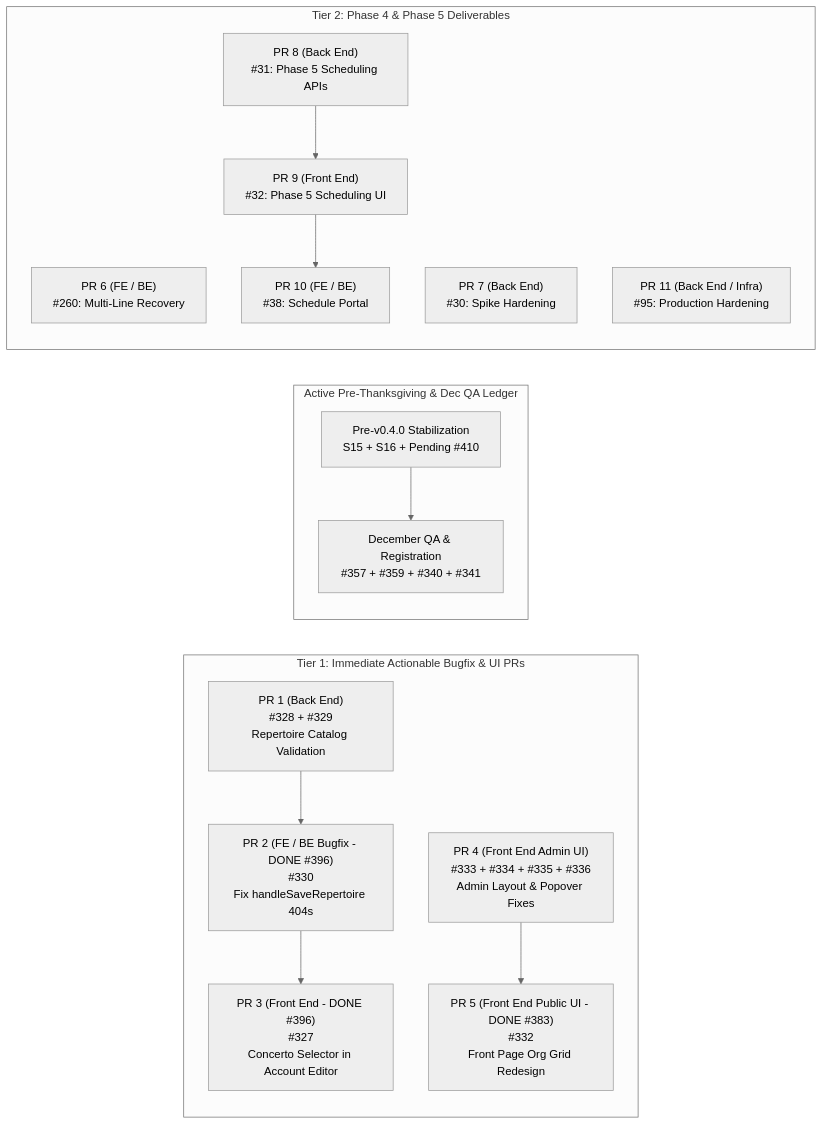
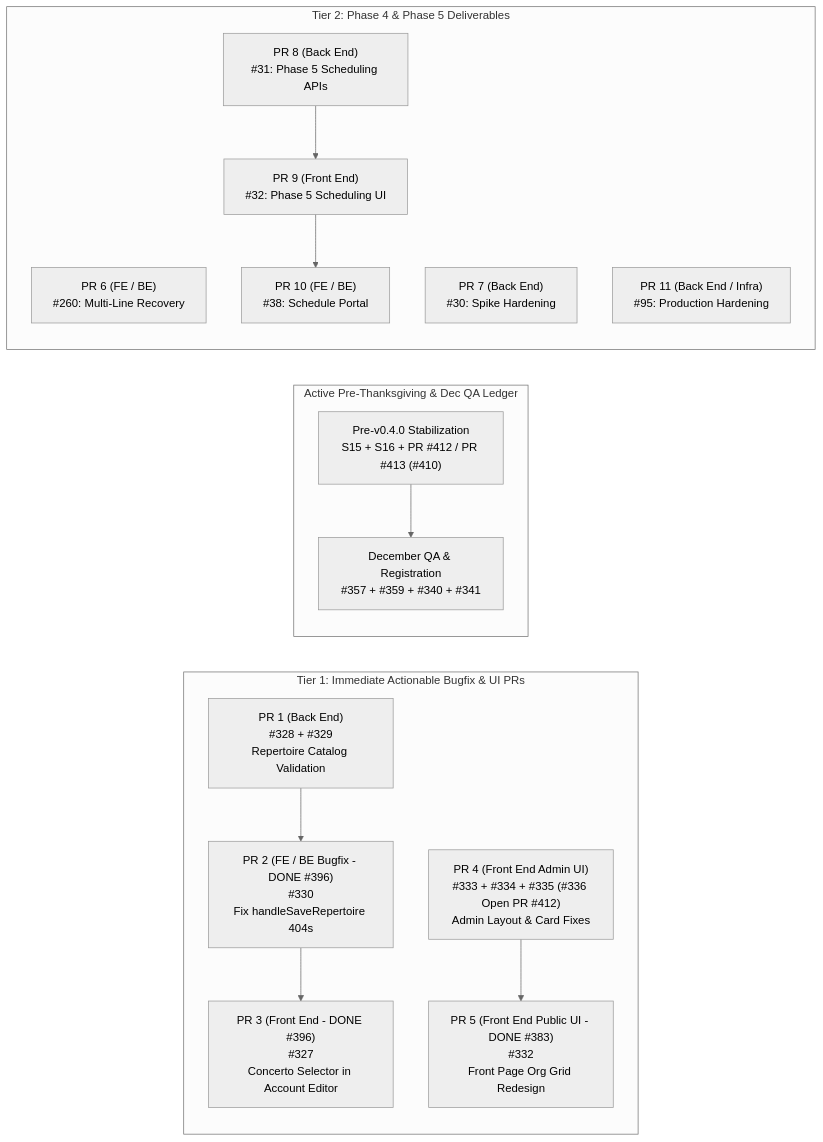
One commit to angelaqingx/Festival changed the diagram in docs/issue-pr-roadmap.md. Above: the diagram before and after it, drawn with Mermaid (neutral theme). The commit also changed other lines of this file and 7 other files, not shown here.

````diff
--- a/docs/issue-pr-roadmap.md
+++ b/docs/issue-pr-roadmap.md
@@ -114,28 +114,28 @@
 ```mermaid
 flowchart LR
   subgraph Tier1["Tier 1: Immediate Actionable Bugfix & UI PRs"]
     PR1["PR 1 (Back End)<br/>#328 + #329<br/>Repertoire Catalog Validation"]
     PR2["PR 2 (FE / BE Bugfix - DONE #396)<br/>#330<br/>Fix handleSaveRepertoire 404s"]
     PR3["PR 3 (Front End - DONE #396)<br/>#327<br/>Concerto Selector in Account Editor"]
-    PR4["PR 4 (Front End Admin UI)<br/>#333 + #334 + #335 + #336<br/>Admin Layout & Popover Fixes"]
+    PR4["PR 4 (Front End Admin UI)<br/>#333 + #334 + #335 (#336 Open PR #412)<br/>Admin Layout & Card Fixes"]
     PR5["PR 5 (Front End Public UI - DONE #383)<br/>#332<br/>Front Page Org Grid Redesign"]
     PR1 --> PR2 --> PR3
     PR4 --> PR5
   end
 
   subgraph Active["Active Pre-Thanksgiving & Dec QA Ledger"]
-    S15S16["Pre-v0.4.0 Stabilization<br/>S15 + S16 + Pending #410"]
+    S15S16["Pre-v0.4.0 Stabilization<br/>S15 + S16 + PR #412 / PR #413 (#410)"]
     DecQA["December QA & Registration<br/>#357 + #359 + #340 + #341"]
     S15S16 --> DecQA
   end
 
   subgraph Tier2["Tier 2: Phase 4 & Phase 5 Deliverables"]
     PR6["PR 6 (FE / BE)<br/>#260: Multi-Line Recovery"]
     PR7["PR 7 (Back End)<br/>#30: Spike Hardening"]
     PR8["PR 8 (Back End)<br/>#31: Phase 5 Scheduling APIs"]
     PR9["PR 9 (Front End)<br/>#32: Phase 5 Scheduling UI"]
     PR10["PR 10 (FE / BE)<br/>#38: Schedule Portal"]
     PR11["PR 11 (Back End / Infra)<br/>#95: Production Hardening"]
     PR8 --> PR9 --> PR10
   end
 ```
````
